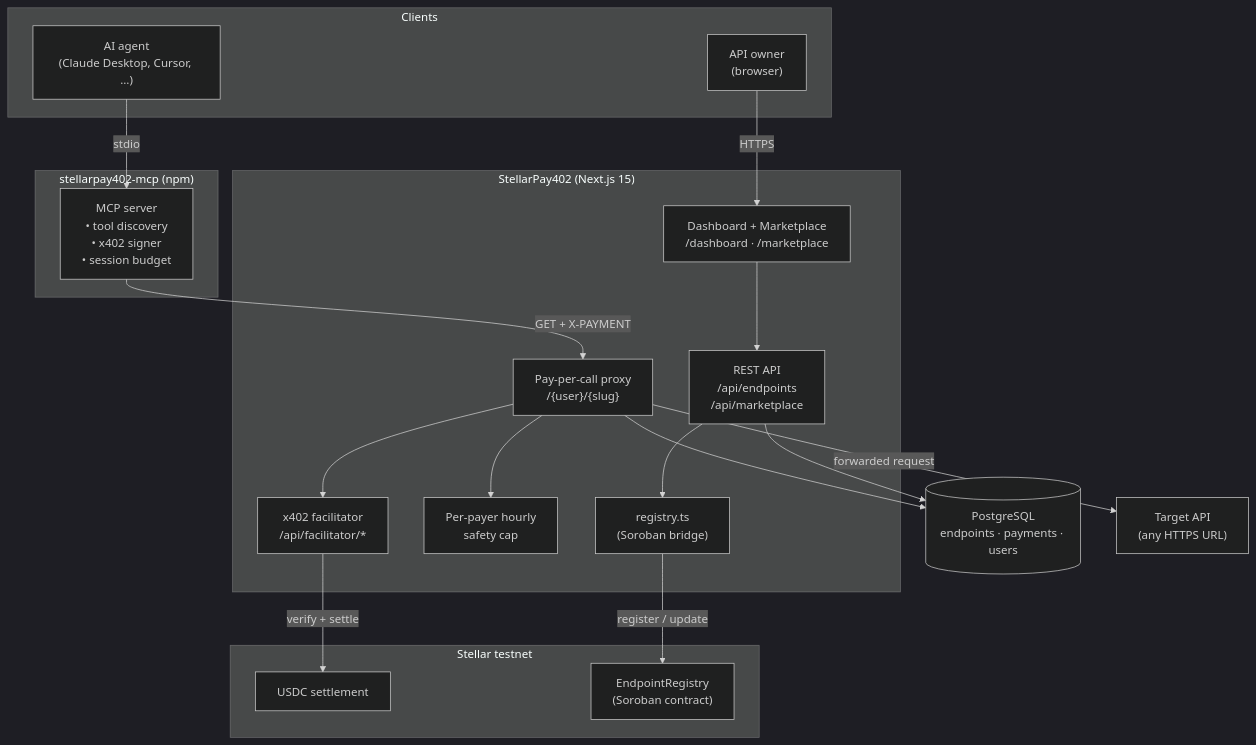
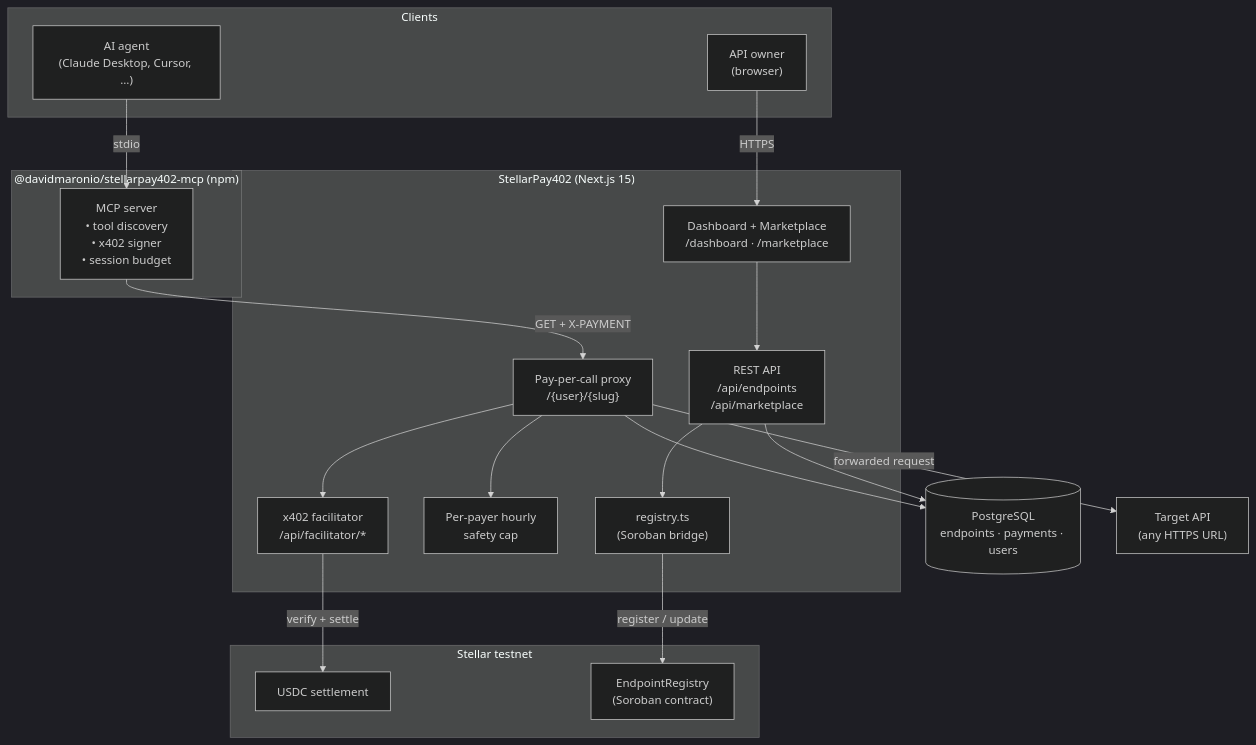
One commit to davidmaronio/StellarPay402 changed the diagram in README.md. Above: the diagram before and after it, drawn with Mermaid (dark theme). The commit also changed other lines of this file and 4 other files, not shown here.

````diff
--- a/README.md
+++ b/README.md
@@ -39,41 +39,41 @@
 ```mermaid
 flowchart TB
     subgraph Clients
         agent["AI agent<br/>(Claude Desktop, Cursor, …)"]
         dev["API owner<br/>(browser)"]
     end
 
-    subgraph mcp["stellarpay402-mcp (npm)"]
+    subgraph mcp["@davidmaronio/stellarpay402-mcp (npm)"]
         mcpSrv["MCP server<br/>• tool discovery<br/>• x402 signer<br/>• session budget"]
     end
 
     subgraph app["StellarPay402 (Next.js 15)"]
         proxy["Pay-per-call proxy<br/>/{user}/{slug}"]
         facilitator["x402 facilitator<br/>/api/facilitator/*"]
         dashboard["Dashboard + Marketplace<br/>/dashboard · /marketplace"]
         api["REST API<br/>/api/endpoints<br/>/api/marketplace"]
         guard["Per-payer hourly<br/>safety cap"]
         bridge["registry.ts<br/>(Soroban bridge)"]
     end
 
     subgraph stellar["Stellar testnet"]
         usdc["USDC settlement"]
         registry["EndpointRegistry<br/>(Soroban contract)"]
     end
 
     db[("PostgreSQL<br/>endpoints · payments · users")]
     target["Target API<br/>(any HTTPS URL)"]
 
     agent -- "stdio" --> mcpSrv
     mcpSrv -- "GET + X-PAYMENT" --> proxy
     dev -- "HTTPS" --> dashboard
     dashboard --> api
     api --> db
     api --> bridge
     proxy --> guard
     proxy --> facilitator
     proxy --> db
     proxy -- "forwarded request" --> target
     facilitator -- "verify + settle" --> usdc
     bridge -- "register / update" --> registry
 ```
````
